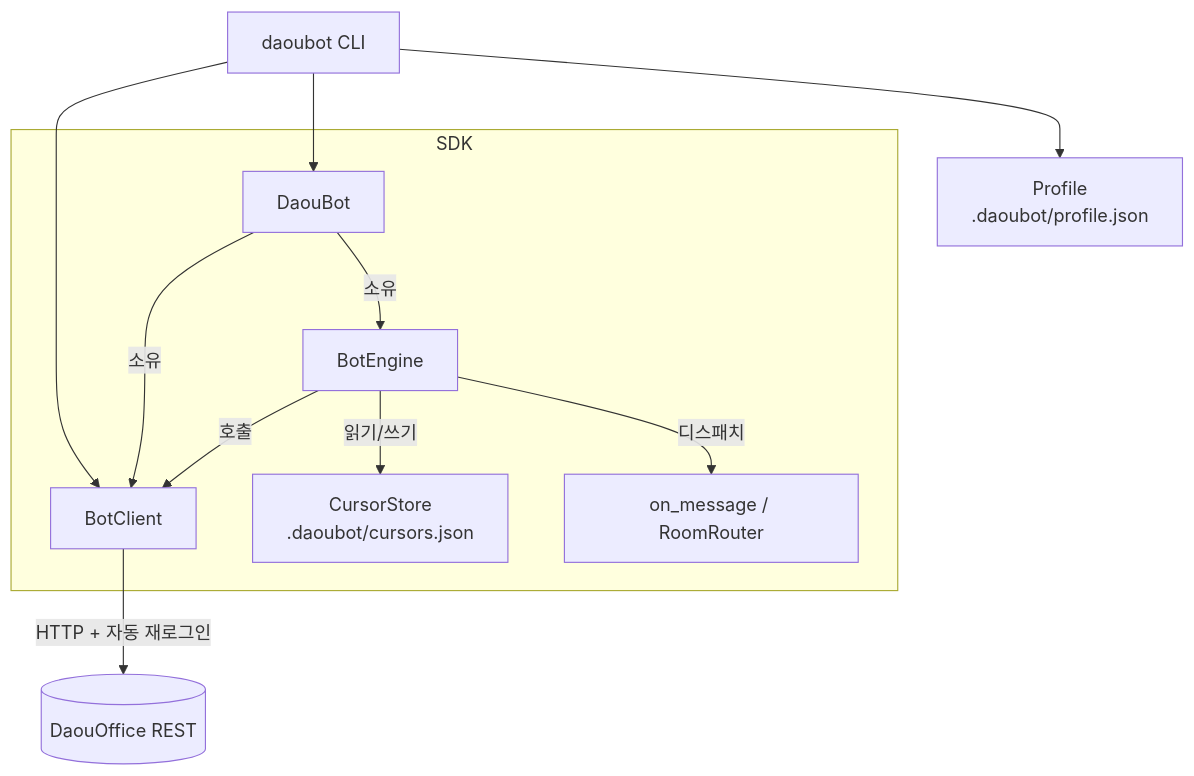
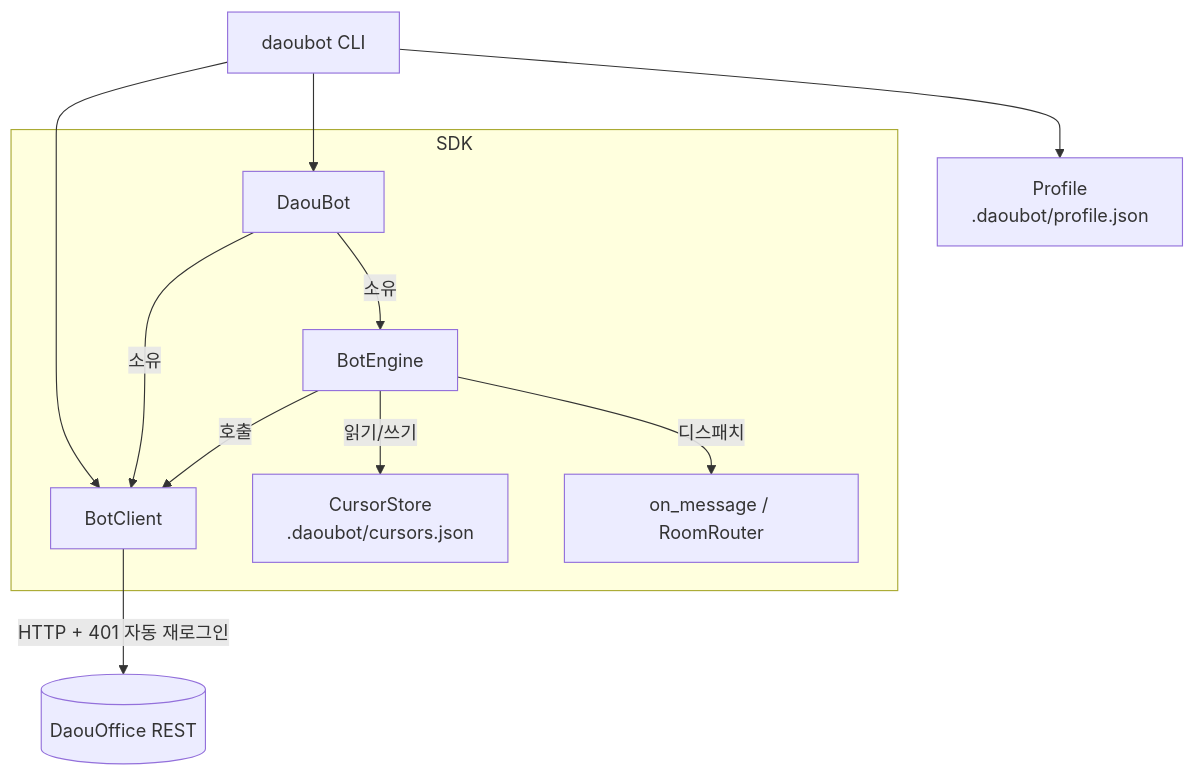
One commit to junsik/python-daouoffice-bot changed the second of 4 diagrams in docs/ARCHITECTURE.md. Above: the diagram before and after it, drawn with Mermaid. The commit also changed other lines of this file and 2 other files, not shown here.

First line of the commit message:
docs: rewrite ARCHITECTURE in clean Korean, current-state only

````diff
--- a/docs/ARCHITECTURE.md
+++ b/docs/ARCHITECTURE.md
@@ -43,16 +43,16 @@
 ```mermaid
 flowchart TD
     CLI[daoubot CLI] --> DaouBot
     CLI --> BotClient
     CLI --> Profile["Profile<br/>.daoubot/profile.json"]
 
     subgraph SDK
         DaouBot -->|소유| BotEngine
         DaouBot -->|소유| BotClient
         BotEngine -->|호출| BotClient
         BotEngine -->|읽기/쓰기| CursorStore["CursorStore<br/>.daoubot/cursors.json"]
         BotEngine -->|디스패치| PF["on_message / RoomRouter"]
     end
 
-    BotClient -->|HTTP + 자동 재로그인| API[(DaouOffice REST)]
+    BotClient -->|HTTP + 401 자동 재로그인| API[(DaouOffice REST)]
 ```
````
